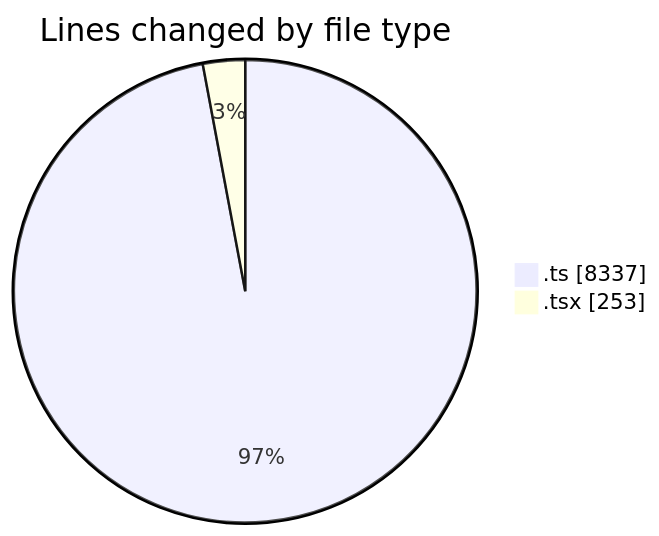
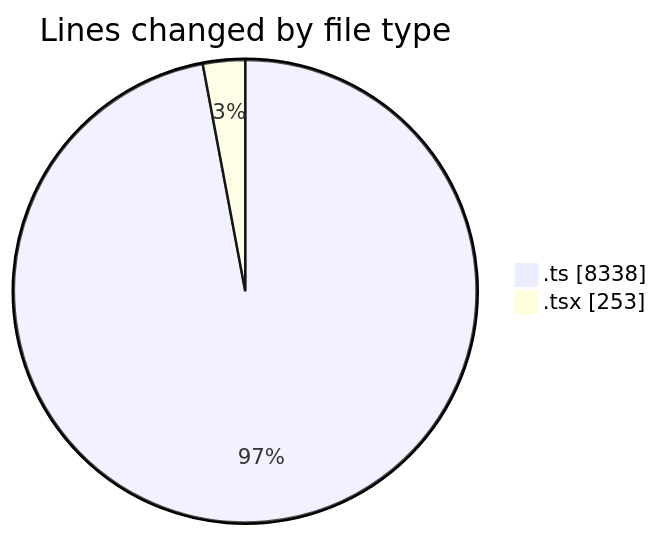
Before and after one commit to momahboobian/code-tracking: the first of 2 diagrams in 2025-07-14/cda/README.md, drawn with Mermaid. The commit also changed other lines of this file and 1 other file, not shown here.

````diff
--- a/2025-07-14/cda/README.md
+++ b/2025-07-14/cda/README.md
@@ -24,6 +24,6 @@
 ```mermaid
 pie showData
 title Lines changed by file type
-".ts" : 8337
+".ts" : 8338
 ".tsx" : 253
 ```
````
